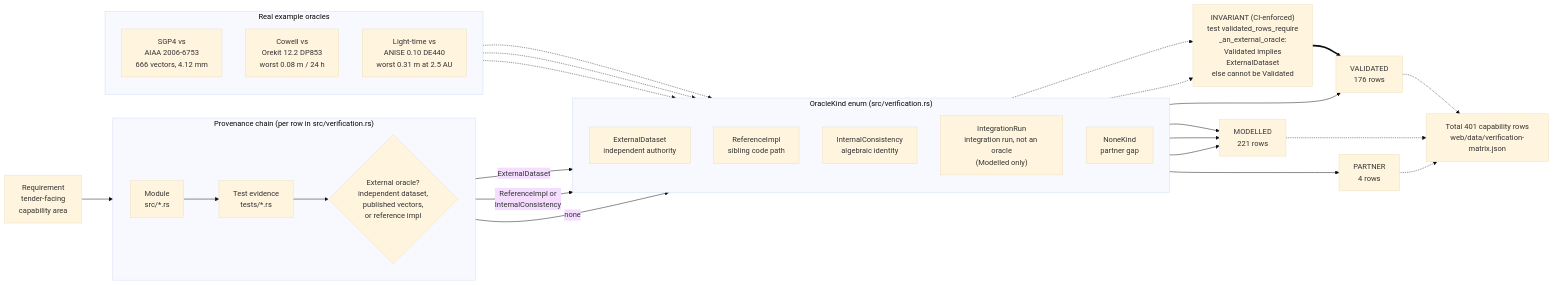
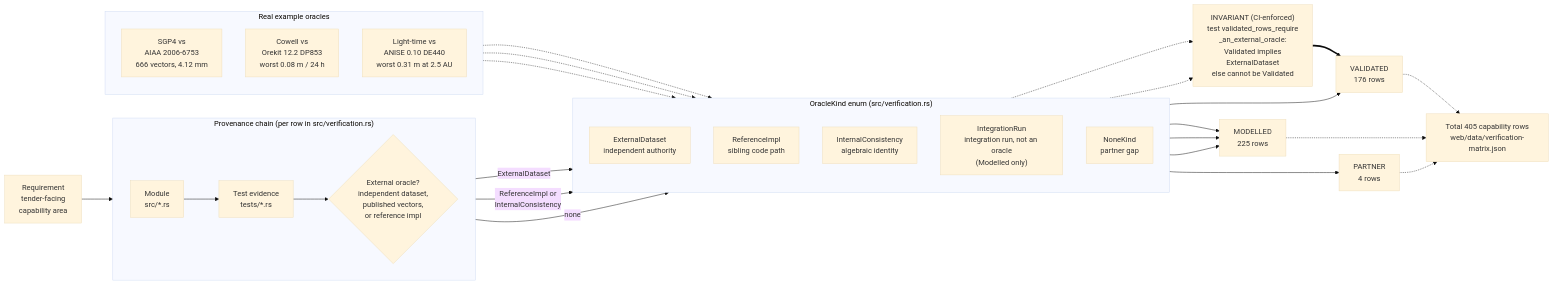
Before and after one commit to ashfordeOU/kshana: the diagram in docs/diagrams/validation-provenance.mmd, drawn with Mermaid (base theme). The commit also changed 28 other files, not shown here.

First line of the commit message:
Counts: the matrix at 405 rows (176 VALIDATED, 225 MODELLED, 4 PARTNER) in the READMEs and figures

```diff
--- a/docs/diagrams/validation-provenance.mmd
+++ b/docs/diagrams/validation-provenance.mmd
@@ -1,51 +1,51 @@
 flowchart LR
     REQ["Requirement<br/>tender-facing<br/>capability area"]
 
     subgraph CHAIN["Provenance chain (per row in src/verification.rs)"]
         direction LR
         MOD["Module<br/>src/*.rs"]
         TST["Test evidence<br/>tests/*.rs"]
         ORA{"External oracle?<br/>independent dataset,<br/>published vectors,<br/>or reference impl"}
     end
 
     REQ --> MOD --> TST --> ORA
 
     subgraph KINDS["OracleKind enum (src/verification.rs)"]
         direction TD
         EXT["ExternalDataset<br/>independent authority"]
         REF["ReferenceImpl<br/>sibling code path"]
         INT["InternalConsistency<br/>algebraic identity"]
         IRN["IntegrationRun<br/>integration run, not an oracle<br/>(Modelled only)"]
         NON["NoneKind<br/>partner gap"]
     end
 
     ORA -->|ExternalDataset| EXT
     ORA -->|"ReferenceImpl or<br/>InternalConsistency"| INT
     ORA -->|none| NON
 
     GUARD["INVARIANT (CI-enforced)<br/>test validated_rows_require<br/>_an_external_oracle:<br/>Validated implies<br/>ExternalDataset<br/>else cannot be Validated"]
     EXT -.-> GUARD
     INT -.-> GUARD
 
     EXT --> VAL["VALIDATED<br/>176 rows"]
-    REF --> MDL["MODELLED<br/>221 rows"]
+    REF --> MDL["MODELLED<br/>225 rows"]
     INT --> MDL
     IRN --> MDL
     NON --> PRT["PARTNER<br/>4 rows"]
     GUARD ==> VAL
 
     subgraph EX["Real example oracles"]
         direction TD
         E1["SGP4 vs<br/>AIAA 2006-6753<br/>666 vectors, 4.12 mm"]
         E2["Cowell vs<br/>Orekit 12.2 DP853<br/>worst 0.08 m / 24 h"]
         E3["Light-time vs<br/>ANISE 0.10 DE440<br/>worst 0.31 m at 2.5 AU"]
     end
 
     E1 -.-> EXT
     E2 -.-> EXT
     E3 -.-> EXT
 
-    TOTAL["Total 401 capability rows<br/>web/data/verification-matrix.json"]
+    TOTAL["Total 405 capability rows<br/>web/data/verification-matrix.json"]
     VAL -.-> TOTAL
     MDL -.-> TOTAL
     PRT -.-> TOTAL
```
